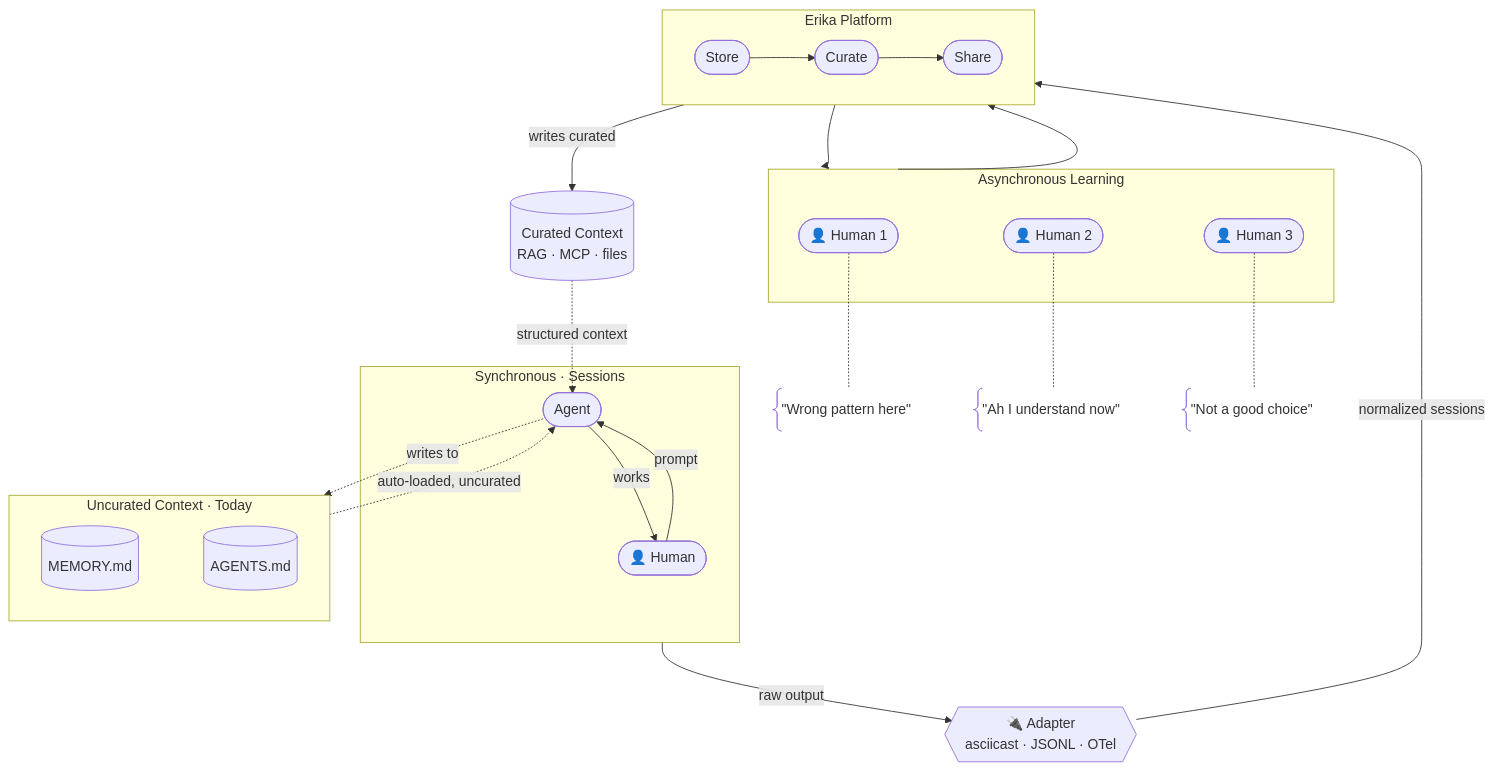
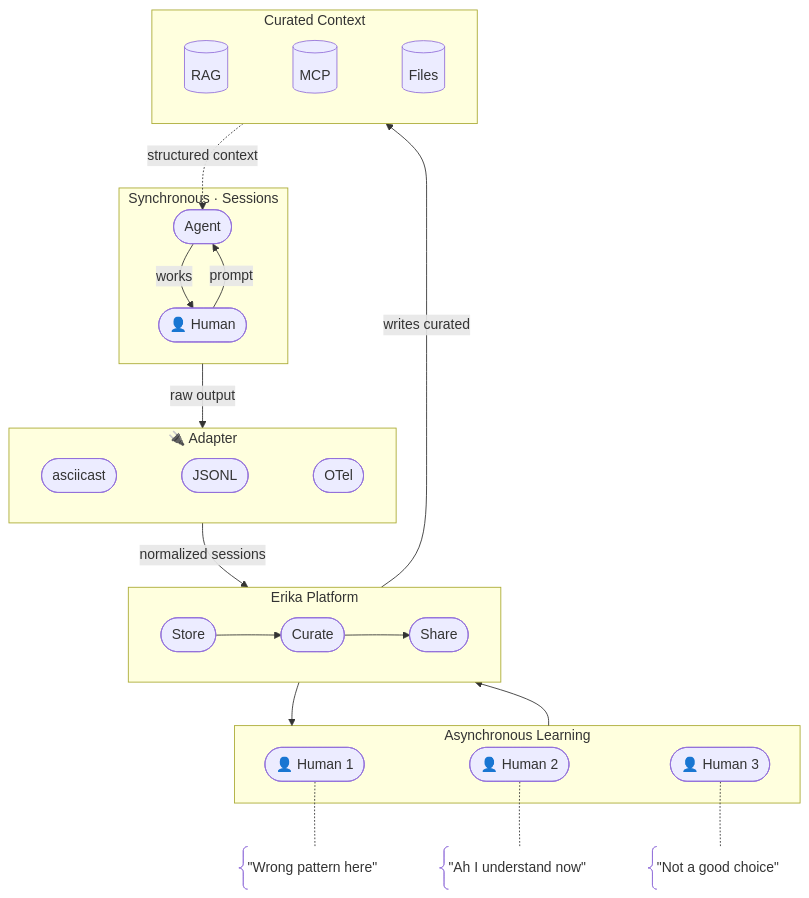
Before and after one commit to thiscantbeserious/erika: the fifth of 5 diagrams in VISION.md, drawn with Mermaid. The commit also changed 1 other file, not shown here.

Commit message:
chore: enrich VISION step 5 with writers and adapter detail
Show curated context (RAG, MCP, Files) and adapter formats
(asciicast, JSONL, OTel) as proper subgraphs. Remove uncurated
context box. Use <br/> for SVG line breaks.

````diff
--- a/VISION.md
+++ b/VISION.md
@@ -109,44 +109,45 @@
 ```mermaid
 %%{ init: { 'flowchart': { 'nodeSpacing': 50, 'rankSpacing': 50 } } }%%
 flowchart TD
     subgraph Session["Synchronous · Sessions"]
         Human(["👤 Human"]) -->|prompt| Agent([Agent])
         Agent -->|works| Human
     end
 
-    subgraph Writers["Uncurated Context · Today"]
+    subgraph Adapter["🔌 Adapter"]
         direction LR
-        MemFile[(MEMORY.md)] ~~~ AgentsFile[(AGENTS.md)]
+        Asciicast([asciicast]) ~~~ JSONL([JSONL]) ~~~ OTel([OTel])
     end
 
-    Agent -.->|writes to| Writers
-    Writers -.->|auto-loaded, uncurated| Agent
-
-    Session -->|raw output| Adapter{{"🔌 Adapter\nasciicast · JSONL · OTel"}}
+    Session -->|raw output| Adapter
     Adapter -->|normalized sessions| Platform
 
     subgraph Platform["Erika Platform"]
         direction LR
         Store([Store]) --> Curate([Curate]) --> Share([Share])
     end
 
     subgraph Team["Asynchronous Learning"]
         H1(["👤 Human 1"])
         H2(["👤 Human 2"])
         H3(["👤 Human 3"])
     end
 
     S1@{ shape: brace, label: '"Wrong pattern here"' }
     S2@{ shape: brace, label: '"Ah I understand now"' }
     S3@{ shape: brace, label: '"Not a good choice"' }
     H1 -.- S1
     H2 -.- S2
     H3 -.- S3
 
     Platform --> Team
     Team --> Platform
 
-    CuratedCtx[("Curated Context\nRAG · MCP · files")]
-    Platform -->|writes curated| CuratedCtx
-    CuratedCtx -.->|structured context| Agent
+    subgraph Curated["Curated Context"]
+        direction LR
+        RAG[(RAG)] ~~~ MCP[(MCP)] ~~~ Files[(Files)]
+    end
+
+    Platform -->|writes curated| Curated
+    Curated -.->|structured context| Agent
 ```
````
